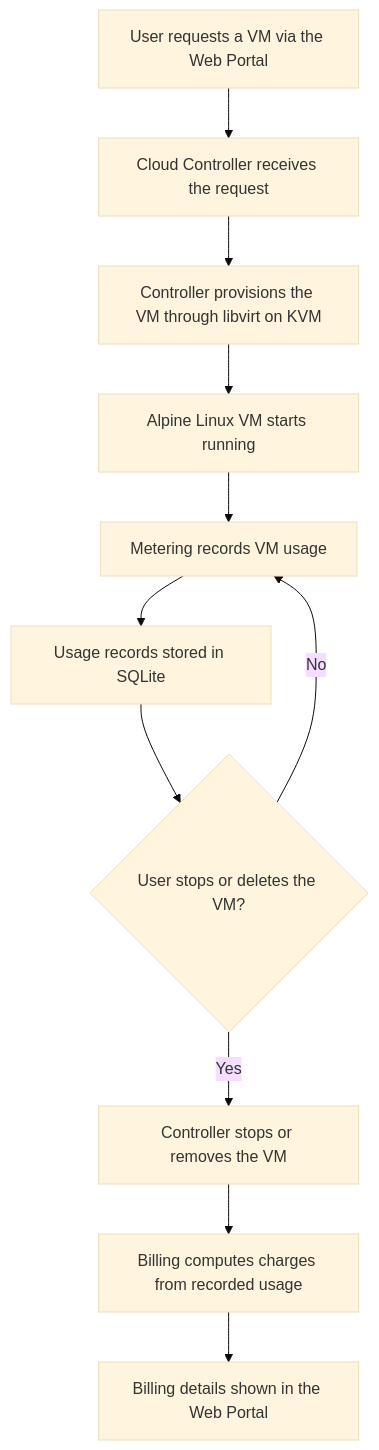
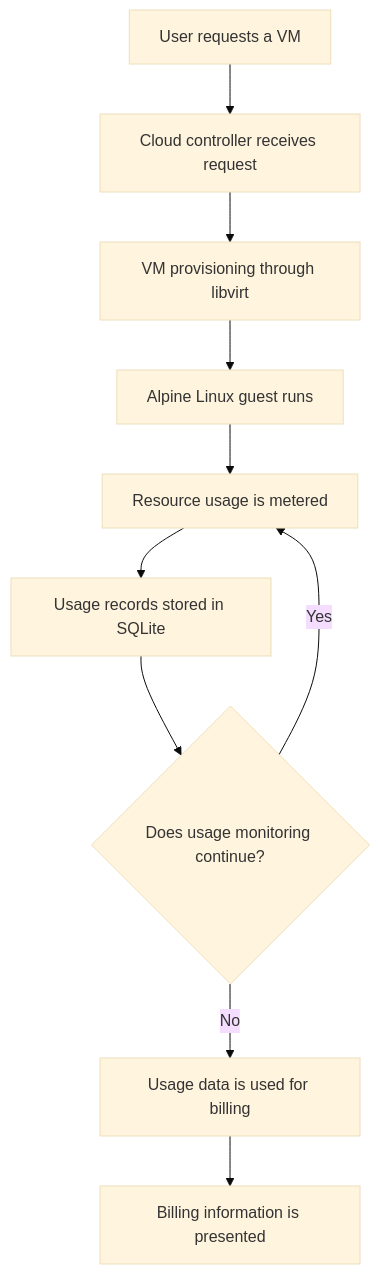
One commit to prashik-vlsi/kvm-private-cloud-portfolio changed the second of 2 diagrams in README.md. Above: the diagram before and after it, drawn with Mermaid (base theme). The commit also changed other lines of this file, not shown here.

````diff
--- a/README.md
+++ b/README.md
@@ -38,13 +80,12 @@
 ```mermaid
 flowchart TD
-    A["User requests a VM via the Web Portal"] --> B["Cloud Controller receives the request"]
-    B --> C["Controller provisions the VM through libvirt on KVM"]
-    C --> D["Alpine Linux VM starts running"]
-    D --> E["Metering records VM usage"]
+    A["User requests a VM"] --> B["Cloud controller receives request"]
+    B --> C["VM provisioning through libvirt"]
+    C --> D["Alpine Linux guest runs"]
+    D --> E["Resource usage is metered"]
     E --> F["Usage records stored in SQLite"]
-    F --> G{"User stops or deletes the VM?"}
-    G -- "No" --> E
-    G -- "Yes" --> H["Controller stops or removes the VM"]
-    H --> I["Billing computes charges from recorded usage"]
-    I --> J["Billing details shown in the Web Portal"]
+    F --> G{"Does usage monitoring continue?"}
+    G -- "Yes" --> E
+    G -- "No" --> H["Usage data is used for billing"]
+    H --> I["Billing information is presented"]
 ```
````
